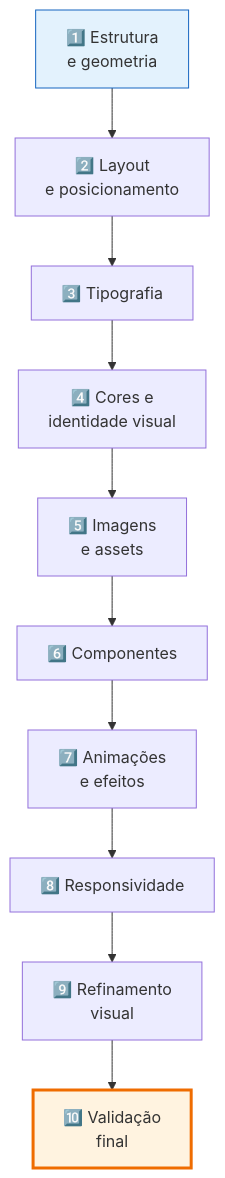
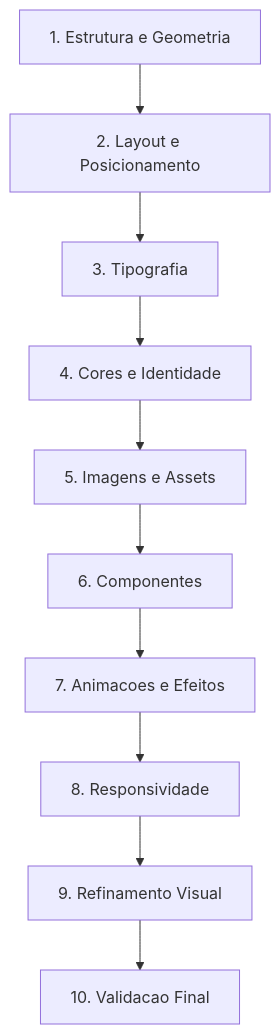
The third of 4 diagrams in README.md (pedrohen-lopes/VISUAL-REFERENCE-INTELLIGENCE), drawn with Mermaid before and after one commit. The commit also changed other lines of this file and 13 other files, not shown here.

First line of the commit message:
docs: add visual step-by-step guides + fix Mermaid diagrams

````diff
--- a/README.md
+++ b/README.md
@@ -173,14 +166,12 @@
 ```mermaid
 flowchart TD
-    S1[1️⃣ Estrutura<br/>e geometria] --> S2[2️⃣ Layout<br/>e posicionamento]
-    S2 --> S3[3️⃣ Tipografia]
-    S3 --> S4[4️⃣ Cores e<br/>identidade visual]
-    S4 --> S5[5️⃣ Imagens<br/>e assets]
-    S5 --> S6[6️⃣ Componentes]
-    S6 --> S7[7️⃣ Animações<br/>e efeitos]
-    S7 --> S8[8️⃣ Responsividade]
-    S8 --> S9[9️⃣ Refinamento<br/>visual]
-    S9 --> S10[🔟 Validação<br/>final]
-    style S1 fill:#e3f2fd,stroke:#1565c0
-    style S10 fill:#fff3e0,stroke:#ef6c00,stroke-width:3px
+    S1[1. Estrutura e Geometria] --> S2[2. Layout e Posicionamento]
+    S2 --> S3[3. Tipografia]
+    S3 --> S4[4. Cores e Identidade]
+    S4 --> S5[5. Imagens e Assets]
+    S5 --> S6[6. Componentes]
+    S6 --> S7[7. Animacoes e Efeitos]
+    S7 --> S8[8. Responsividade]
+    S8 --> S9[9. Refinamento Visual]
+    S9 --> S10[10. Validacao Final]
 ```
````
